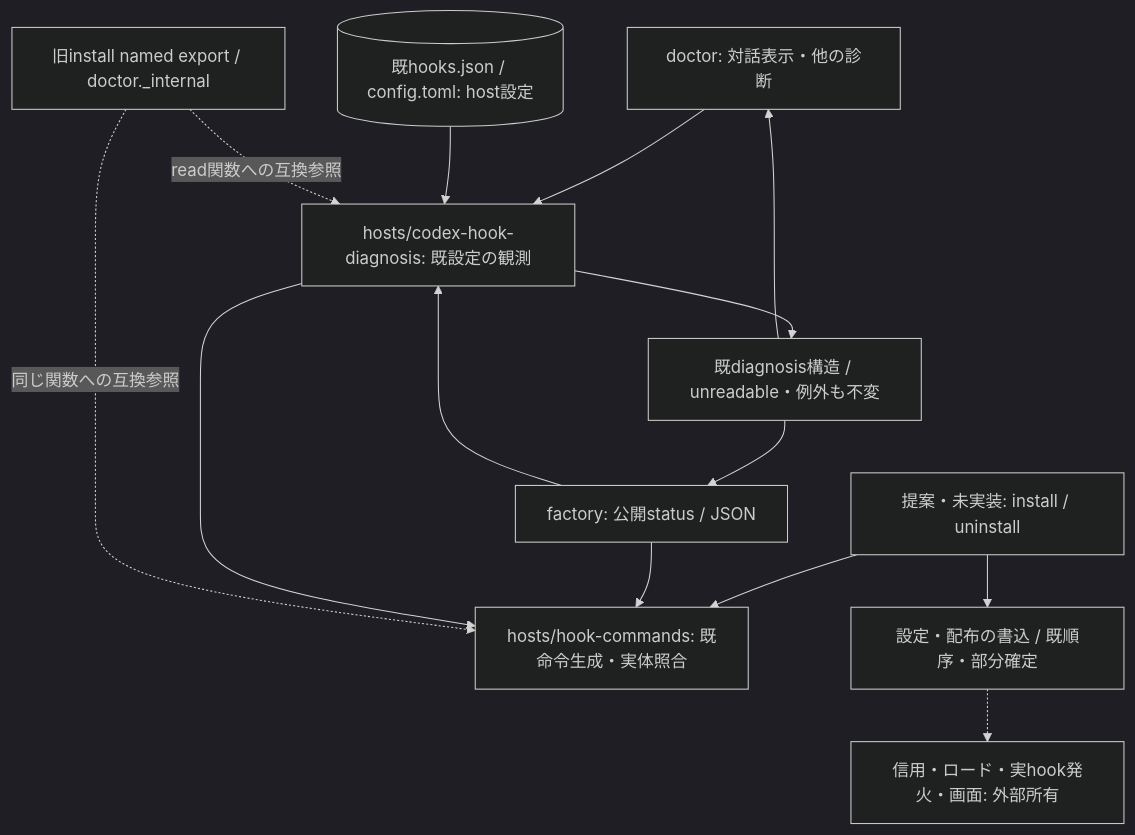
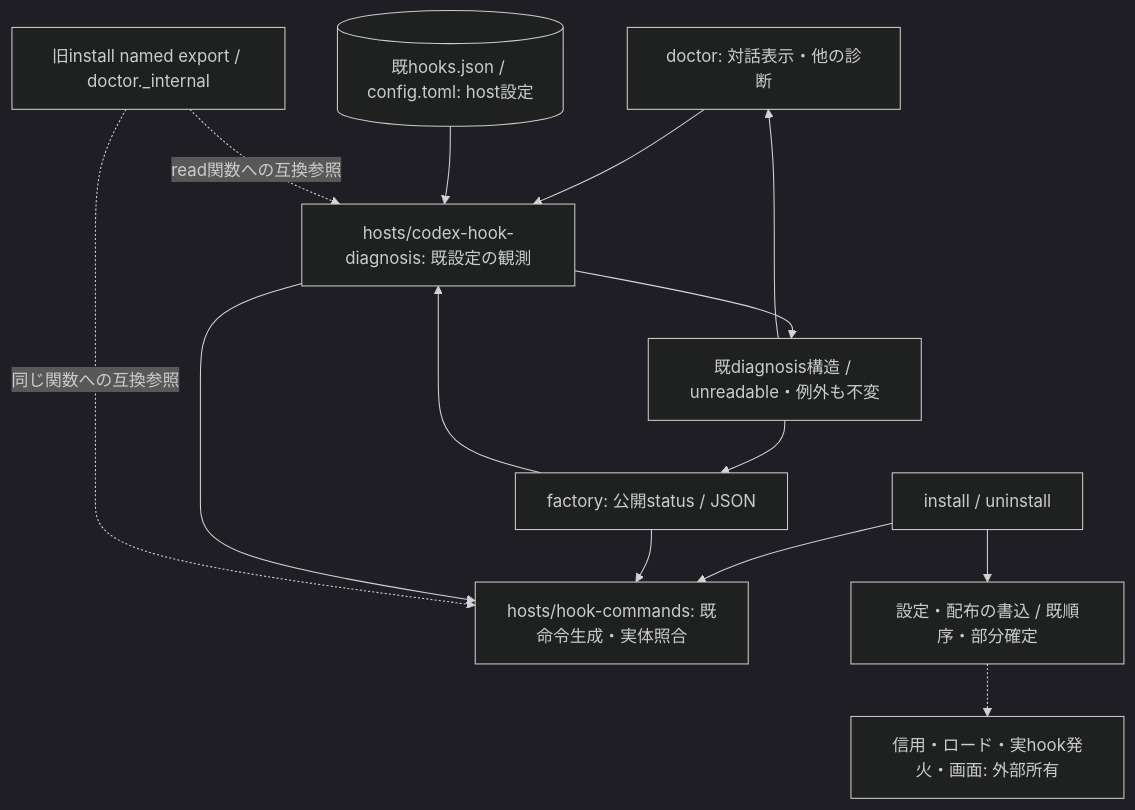
One commit to kitepon/Throughline changed the fifth of 5 diagrams in docs/architecture/current-lifecycle.md. Above: the diagram before and after it, drawn with Mermaid (dark theme). The commit also changed other lines of this file and 15 other files, not shown here.

Commit message:
refactor: give host hook commands and diagnostics explicit owners

````diff
--- a/docs/architecture/current-lifecycle.md
+++ b/docs/architecture/current-lifecycle.md
@@ -217,16 +217,16 @@
 ```mermaid
 flowchart TD
-  Install["提案・未実装: install / uninstall"] --> Commands["hosts/hook-commands: 既命令生成・実体照合"]
+  Install["install / uninstall"] --> Commands["hosts/hook-commands: 既命令生成・実体照合"]
   Install --> Write["設定・配布の書込 / 既順序・部分確定"]
   Doctor["doctor: 対話表示・他の診断"] --> Inspect["hosts/codex-hook-diagnosis: 既設定の観測"]
   Factory["factory: 公開status / JSON"] --> Inspect
   Factory --> Commands
   Inspect --> Commands
   Files[("既hooks.json / config.toml: host設定")] --> Inspect
   Inspect --> Result["既diagnosis構造 / unreadable・例外も不変"]
   Result --> Doctor
   Result --> Factory
   Legacy["旧install named export / doctor._internal"] -.->|同じ関数への互換参照| Commands
   Legacy -.->|read関数への互換参照| Inspect
   Write -.-> Host["信用・ロード・実hook発火・画面: 外部所有"]
 ```
````
